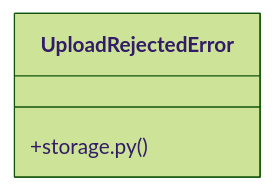
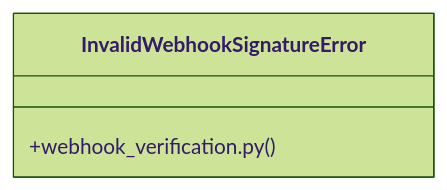
The diagram in graphify-out/wiki/[PassType_&_register_payload()]_Cluster.md (adjanayo/synca_conf_back), drawn with Mermaid (forest theme) before and after one commit. The commit also changed other lines of this file and 75 other files, not shown here.

Commit message:
chore: update graphify knowledge graph

````diff
--- a/graphify-out/wiki/[PassType_&_register_payload()]_Cluster.md
+++ b/graphify-out/wiki/[PassType_&_register_payload()]_Cluster.md
@@ -36,6 +36,6 @@
 ```mermaid
 classDiagram
-    class UploadRejectedError {
-        +storage.py()
+    class InvalidWebhookSignatureError {
+        +webhook_verification.py()
     }
 ```
````
